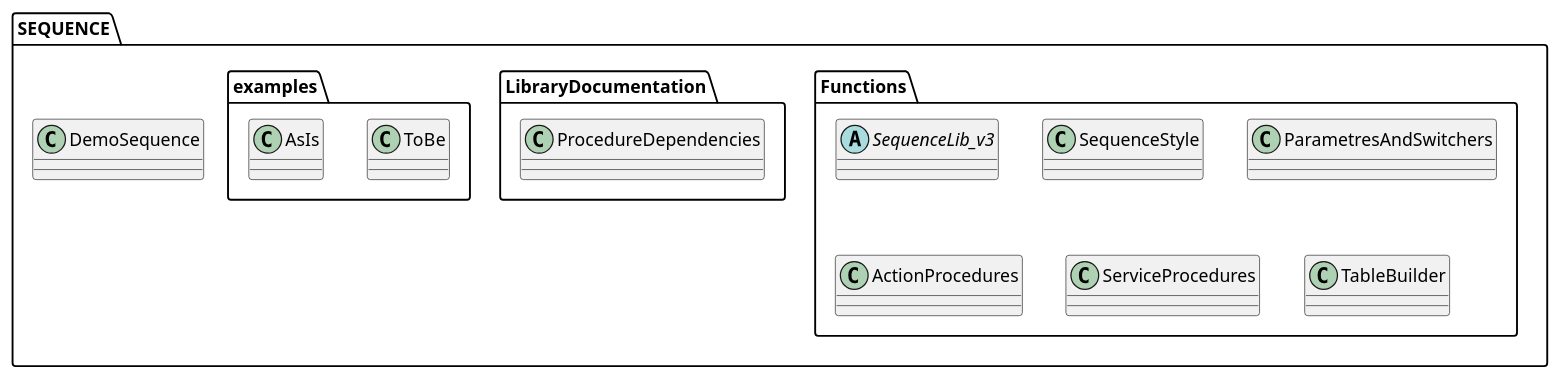
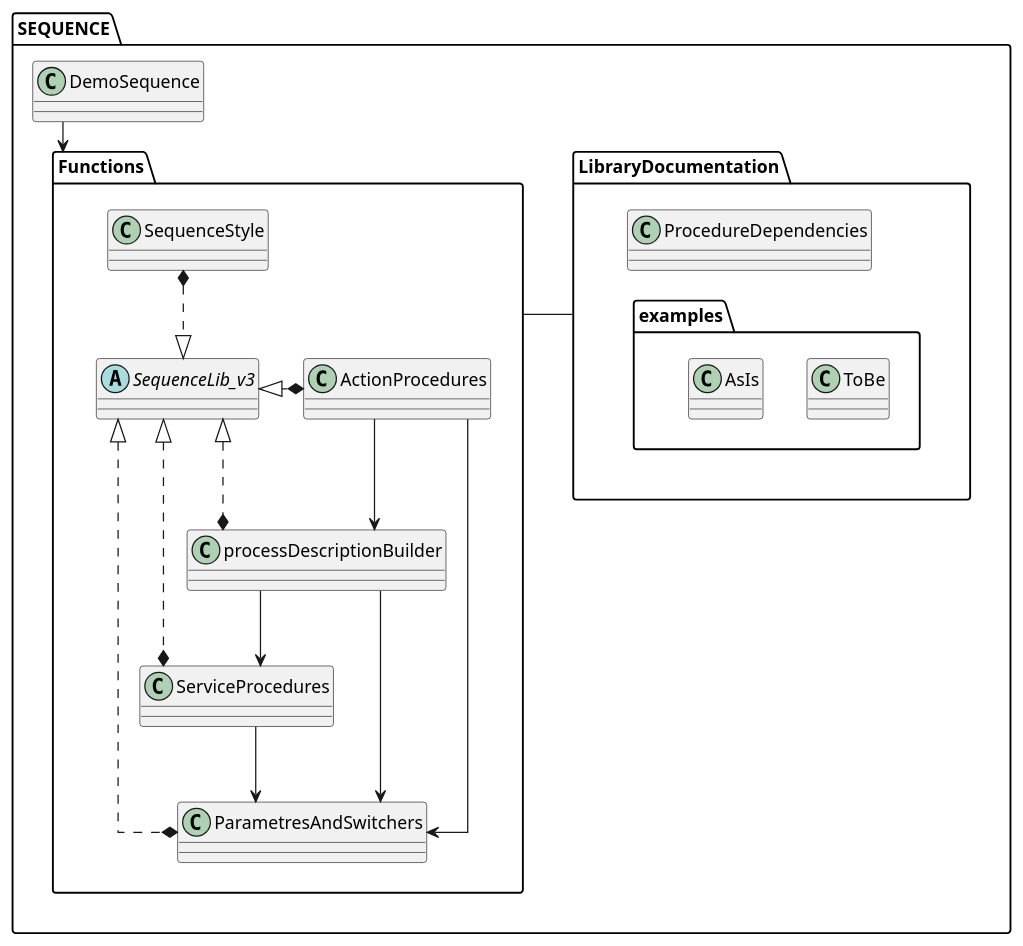
One commit to leraRadicovich/plantUML_Lib changed the diagram in SEQUENCE/LibraryDocumentation/ProcedureDependencies.puml. Above: the diagram before and after it, drawn with PlantUML. The commit also changed 12 other files, not shown here.

Commit message:
1. Разделение библиотеки на несколько отдельных файлов 2. Структурирование файлов и разделение по отдельным и общим функциям 3. Старт документации по проекту 4. Добавлена диаграмма классов с описанием зависимостей внутри проекта

```diff
--- a/SEQUENCE/LibraryDocumentation/ProcedureDependencies.puml
+++ b/SEQUENCE/LibraryDocumentation/ProcedureDependencies.puml
@@ -1,17 +1,39 @@
 @startuml
-
-abstract SEQUENCE.Functions.SequenceLib_v3
-class SEQUENCE.Functions.SequenceStyle
-class SEQUENCE.Functions.ParametresAndSwitchers
-class SEQUENCE.Functions.ActionProcedures
-class SEQUENCE.Functions.ServiceProcedures
-class SEQUENCE.Functions.TableBuilder
-
+skinparam linetype ortho
+'left to right direction
+package SEQUENCE {
+    package Functions {
+        abstract "SequenceLib_v3" as lib
+        class "SequenceStyle" as style
+        class "ParametresAndSwitchers" as params
+        class "ActionProcedures" as act
+        class "ServiceProcedures" as serv
+        class "processDescriptionBuilder" as procMap
+    }
+}
 class SEQUENCE.LibraryDocumentation.ProcedureDependencies
-
-class SEQUENCE.examples.ToBe
-class SEQUENCE.examples.AsIs
-
+class SEQUENCE.LibraryDocumentation.examples.ToBe
+class SEQUENCE.LibraryDocumentation.examples.AsIs
 class SEQUENCE.DemoSequence
 
-@enduml
+style *..|> lib
+lib <|..* params
+lib <|.* act
+lib <|.* serv
+lib <|..* procMap
+
+act --> params
+act --> procMap
+
+procMap --> serv
+procMap --> params
+
+serv --> params
+
+SEQUENCE.LibraryDocumentation -right- SEQUENCE.Functions
+
+SEQUENCE.LibraryDocumentation.ProcedureDependencies -[hidden]- SEQUENCE.LibraryDocumentation.examples
+
+SEQUENCE.DemoSequence --> SEQUENCE.Functions
+
+@enduml0
```
